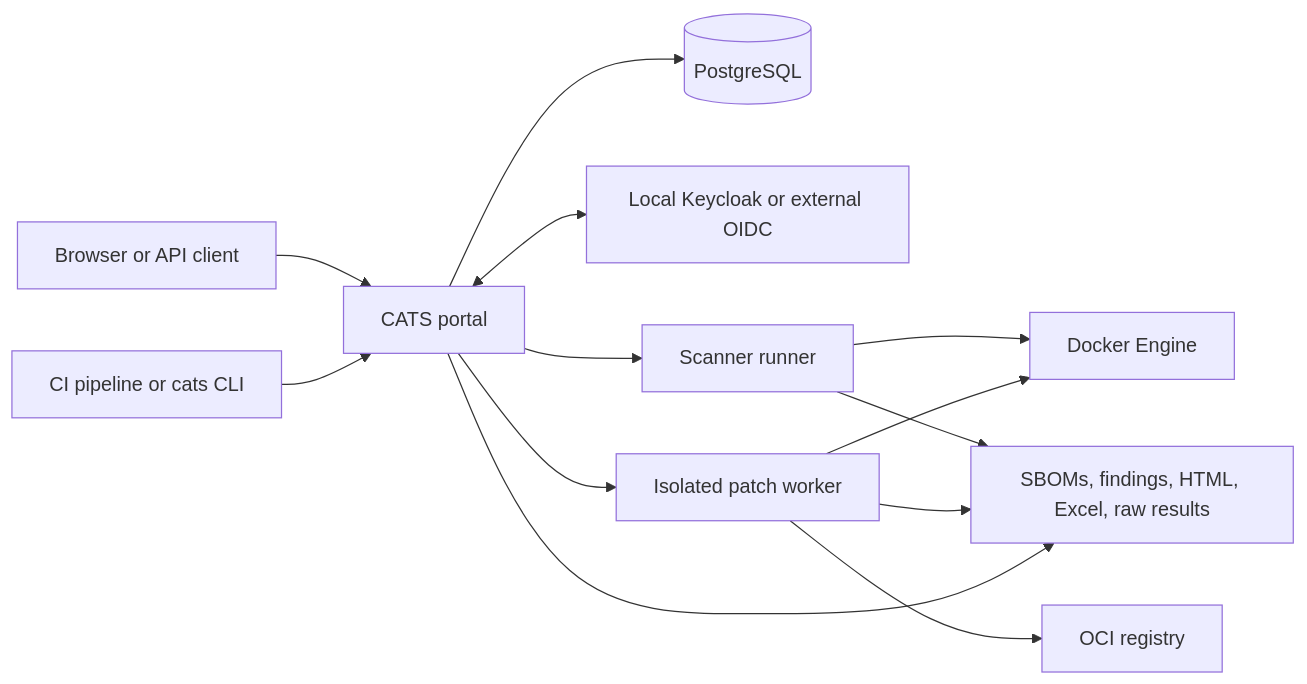
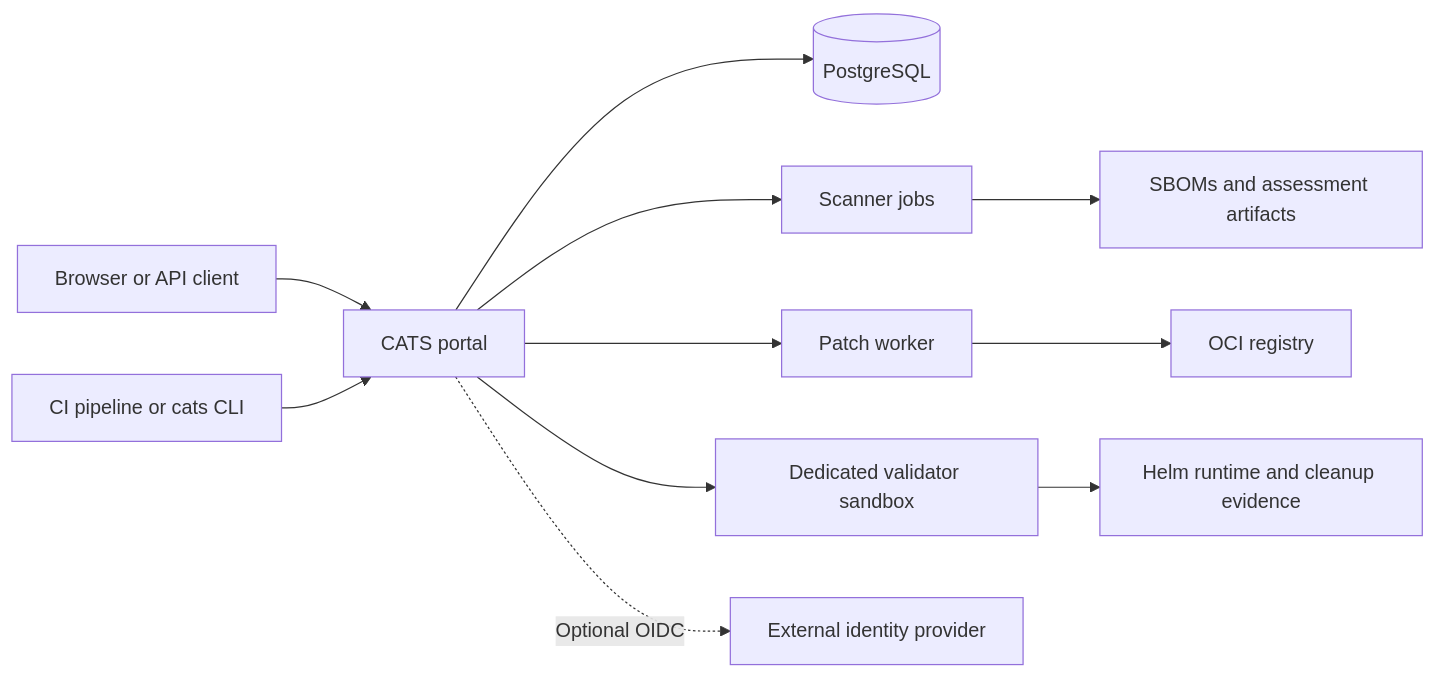
The diagram in README.md (jewatson1994/CATS), drawn with Mermaid before and after one commit. The commit also changed other lines of this file and 9 other files, not shown here.

````diff
--- a/README.md
+++ b/README.md
@@ -115,15 +127,13 @@
 ```mermaid
 flowchart LR
-    User[Browser or API client] --> Portal[CATS portal]
+    Browser[Browser or API client] --> Portal[CATS portal]
     Pipeline[CI pipeline or cats CLI] --> Portal
     Portal --> DB[(PostgreSQL)]
-    Portal <--> Identity[Local Keycloak or external OIDC]
-    Portal --> Scanner[Scanner runner]
-    Portal --> Worker[Isolated patch worker]
-    Scanner --> Docker[Docker Engine]
-    Worker --> Docker
-    Scanner --> Artifacts[SBOMs, findings, HTML, Excel, raw results]
+    Portal --> Scanner[Scanner jobs]
+    Portal --> Worker[Patch worker]
+    Portal --> Validator[Dedicated validator sandbox]
+    Portal -. Optional OIDC .-> Identity[External identity provider]
+    Scanner --> Evidence[SBOMs and assessment artifacts]
     Worker --> Registry[OCI registry]
-    Worker --> Artifacts
-    Portal --> Artifacts
+    Validator --> Runtime[Helm runtime and cleanup evidence]
 ```
````
